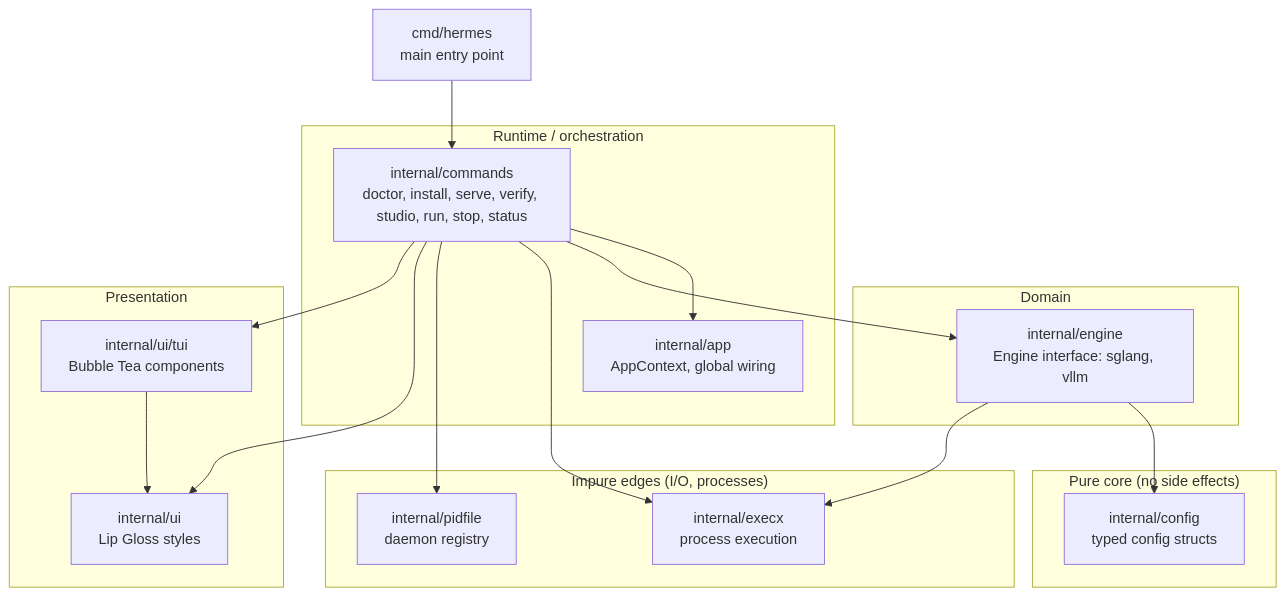
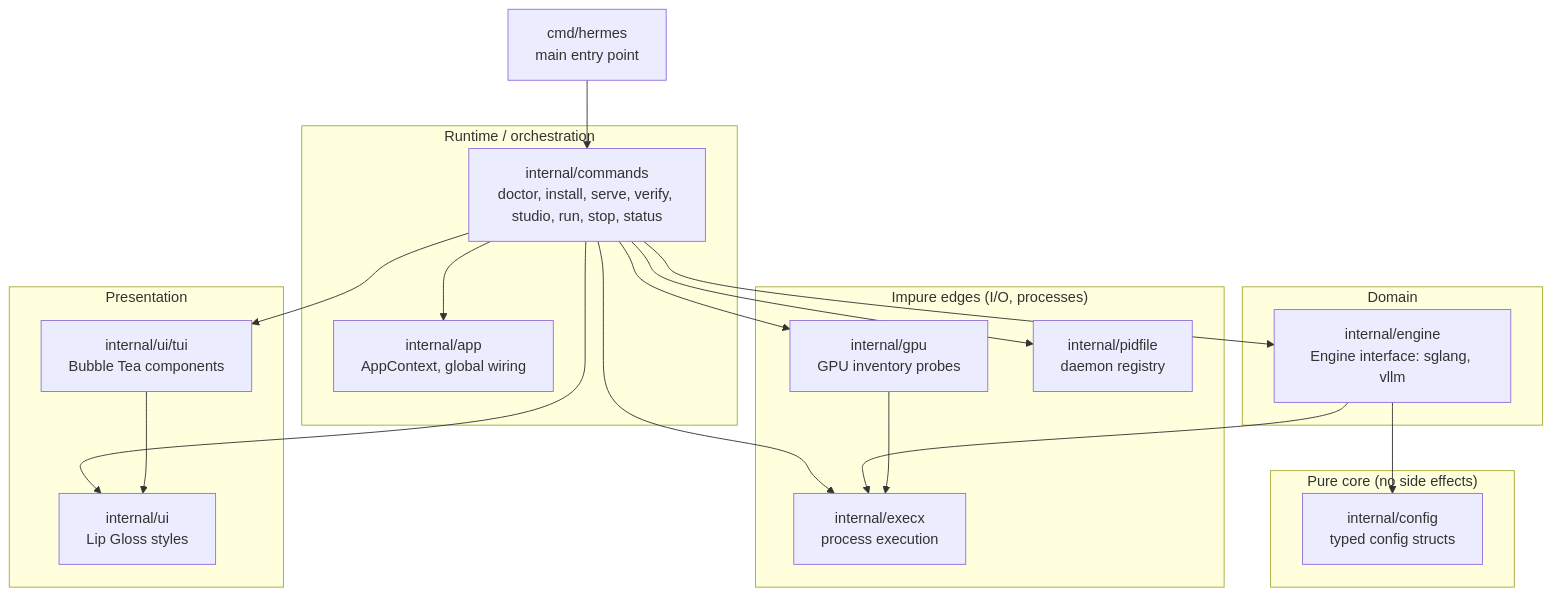
Before and after one commit to svngoku/hermes-cli: the second of 5 diagrams in docs/ARCHITECTURE.md, drawn with Mermaid. The commit also changed other lines of this file and 6 other files, not shown here.

First line of the commit message:
docs: adapt architecture, quality, reliability, and help text to new gpu/preflight/boot implementation

````diff
--- a/docs/ARCHITECTURE.md
+++ b/docs/ARCHITECTURE.md
@@ -38,33 +38,36 @@
 ```mermaid
 flowchart TD
     subgraph Core["Pure core (no side effects)"]
         config[internal/config<br/>typed config structs]
     end
     subgraph Domain["Domain"]
         engine[internal/engine<br/>Engine interface: sglang, vllm]
     end
     subgraph Runtime["Runtime / orchestration"]
         commands[internal/commands<br/>doctor, install, serve, verify, studio, run, stop, status]
         app[internal/app<br/>AppContext, global wiring]
     end
     subgraph Edges["Impure edges (I/O, processes)"]
         execx[internal/execx<br/>process execution]
+        gpu[internal/gpu<br/>GPU inventory probes]
         pidfile[internal/pidfile<br/>daemon registry]
     end
     subgraph UI["Presentation"]
         ui[internal/ui<br/>Lip Gloss styles]
         tui[internal/ui/tui<br/>Bubble Tea components]
     end
     entry[cmd/hermes<br/>main entry point]
 
     entry --> commands
     commands --> app
     commands --> engine
     commands --> execx
+    commands --> gpu
     commands --> pidfile
     commands --> ui
     commands --> tui
     engine --> config
     engine --> execx
+    gpu --> execx
     tui --> ui
 ```
````
